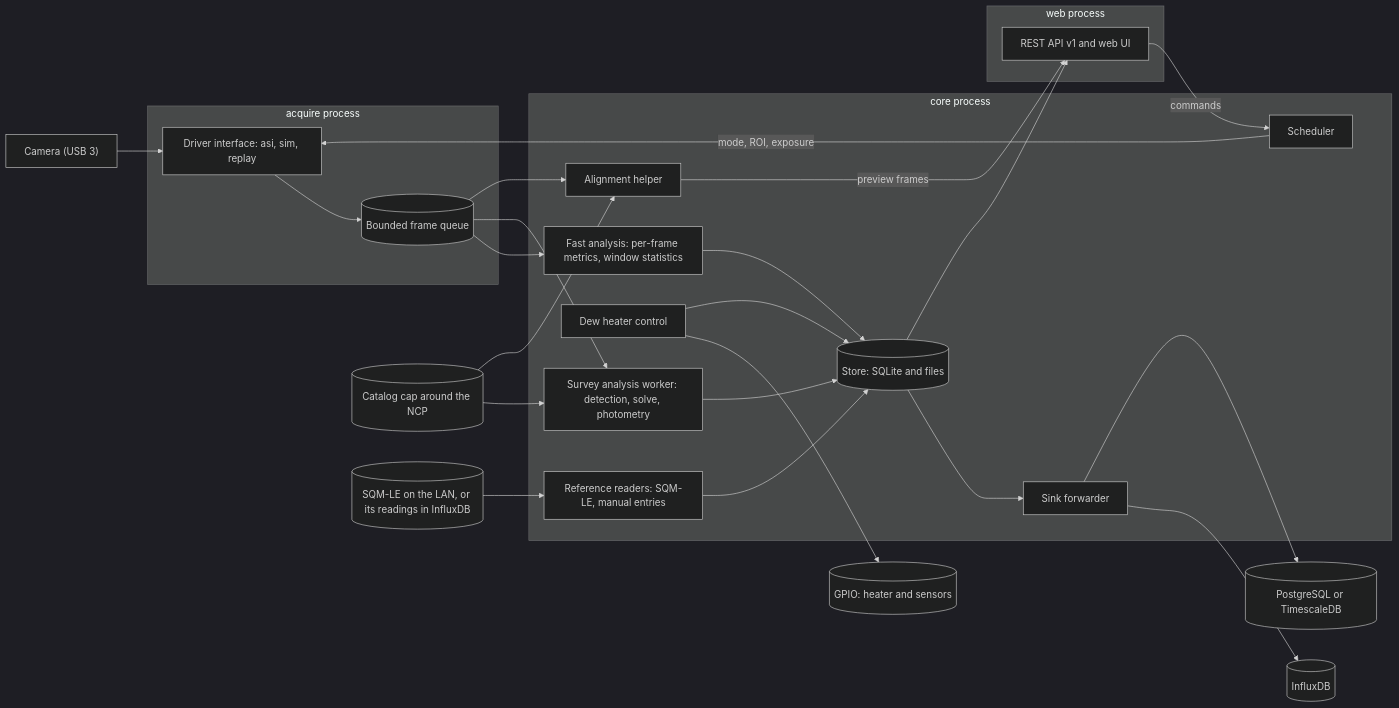
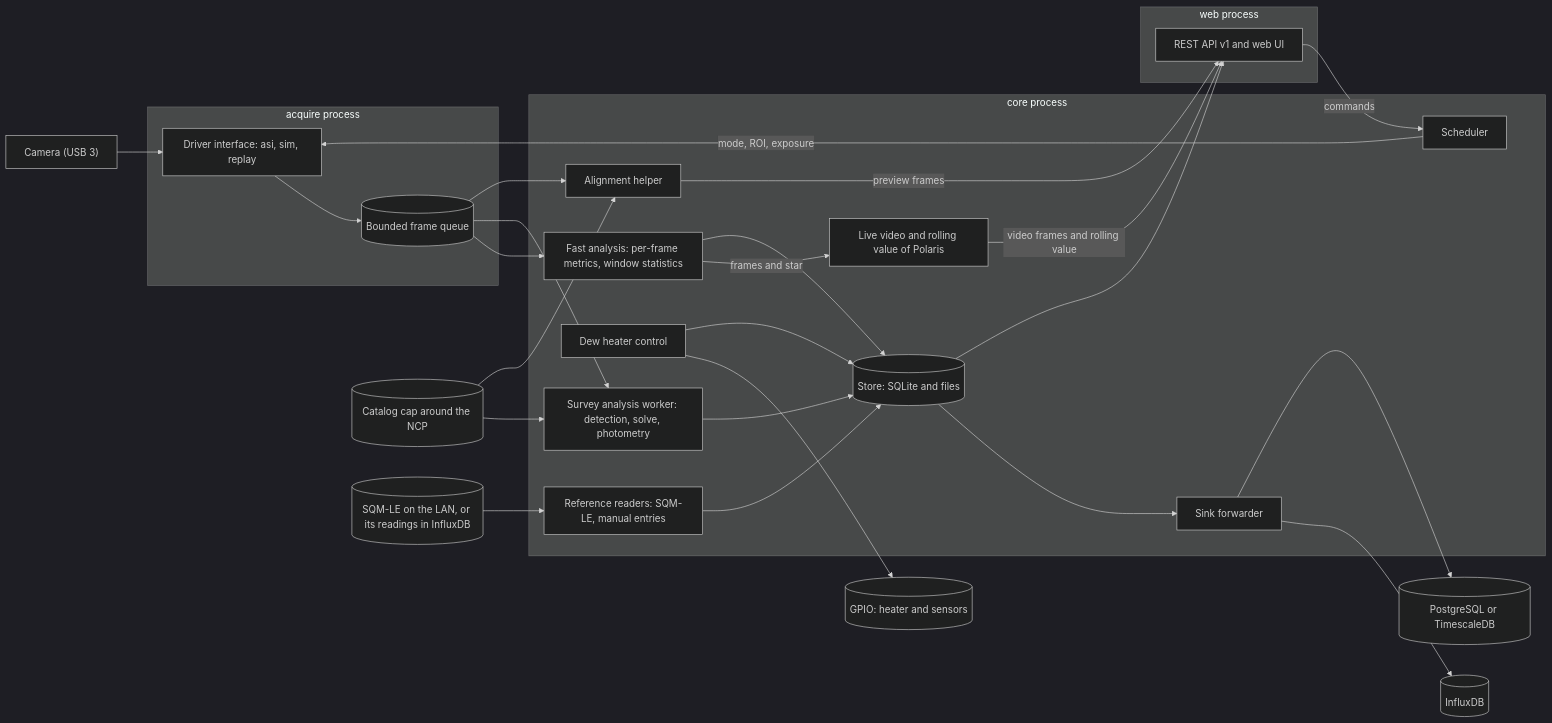
One commit to komakallio/seeing-monitor changed the diagram in docs/architecture.md. Above: the diagram before and after it, drawn with Mermaid (dark theme). The commit also changed other lines of this file and 2 other files, not shown here.

First line of the commit message:
Describe the live video and the rolling seeing value in the architecture and the runbook

````diff
--- a/docs/architecture.md
+++ b/docs/architecture.md
@@ -46,44 +46,47 @@
 ```mermaid
 flowchart LR
   CAM["Camera (USB 3)"]
   subgraph ACQ["acquire process"]
     DRV["Driver interface: asi, sim, replay"]
     Q[("Bounded frame queue")]
   end
   subgraph CORE["core process"]
     SCH["Scheduler"]
     FAST["Fast analysis: per-frame metrics, window statistics"]
     SURV["Survey analysis worker: detection, solve, photometry"]
     ALN["Alignment helper"]
+    LIVE["Live video and rolling value of Polaris"]
     HEAT["Dew heater control"]
     REF["Reference readers: SQM-LE, manual entries"]
     STORE[("Store: SQLite and files")]
     OUT["Sink forwarder"]
   end
   subgraph WEB["web process"]
     API["REST API v1 and web UI"]
   end
   CAT[("Catalog cap around the NCP")]
   HW[("GPIO: heater and sensors")]
   SQM[("SQM-LE on the LAN, or its readings in InfluxDB")]
   INFLUX[("InfluxDB")]
   PG[("PostgreSQL or TimescaleDB")]
   CAM --> DRV --> Q
   SCH -- "mode, ROI, exposure" --> DRV
   Q --> FAST
   Q --> SURV
   Q --> ALN
+  FAST -- "frames and star" --> LIVE
   FAST --> STORE
   SURV --> STORE
   CAT --> SURV
   CAT --> ALN
   HEAT --> HW
   HEAT --> STORE
   SQM --> REF --> STORE
   STORE --> OUT
   OUT --> INFLUX
   OUT --> PG
   STORE --> API
   ALN -- "preview frames" --> API
+  LIVE -- "video frames and rolling value" --> API
   API -- "commands" --> SCH
 ```
````
